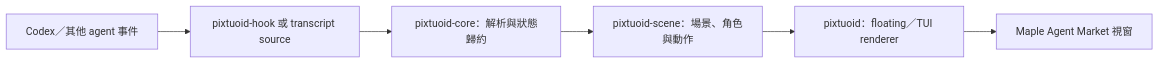
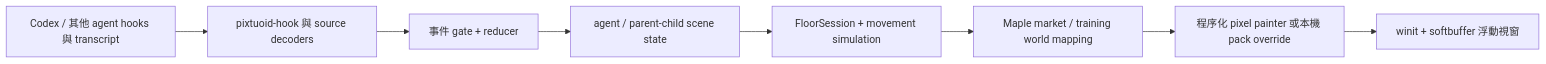
The diagram in docs/ARCHITECTURE.md (SaM-runtime/maple-agent-market), drawn with Mermaid before and after one commit. The commit also changed other lines of this file and 236 other files, not shown here.

Commit message:
feat: make Maple Agent Market the standalone public runtime

````diff
--- a/docs/ARCHITECTURE.md
+++ b/docs/ARCHITECTURE.md
@@ -7,8 +5,10 @@
 ```mermaid
 flowchart LR
-    A["Codex／其他 agent 事件"] --> B["pixtuoid-hook 或 transcript source"]
-    B --> C["pixtuoid-core：解析與狀態歸約"]
-    C --> D["pixtuoid-scene：場景、角色與動作"]
-    D --> E["pixtuoid：floating／TUI renderer"]
-    E --> F["Maple Agent Market 視窗"]
+    A["Codex / 其他 agent hooks 與 transcript"] --> B["pixtuoid-hook 與 source decoders"]
+    B --> C["事件 gate + reducer"]
+    C --> D["agent / parent-child scene state"]
+    D --> E["FloorSession + movement simulation"]
+    E --> F["Maple market / training world mapping"]
+    F --> G["程序化 pixel painter 或本機 pack override"]
+    G --> H["winit + softbuffer 浮動視窗"]
 ```
````
